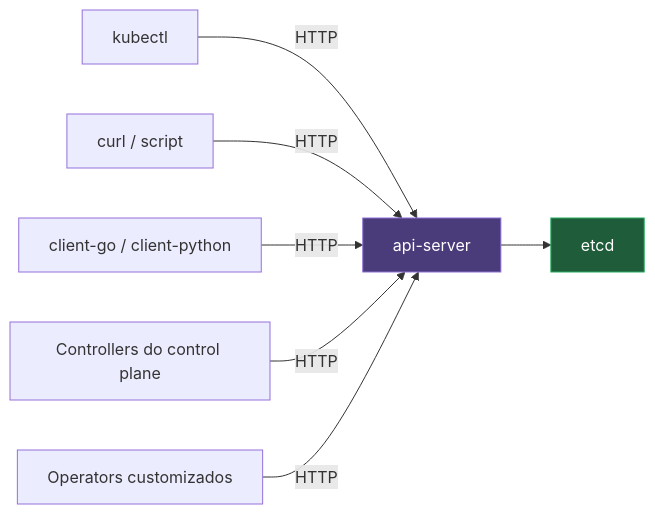
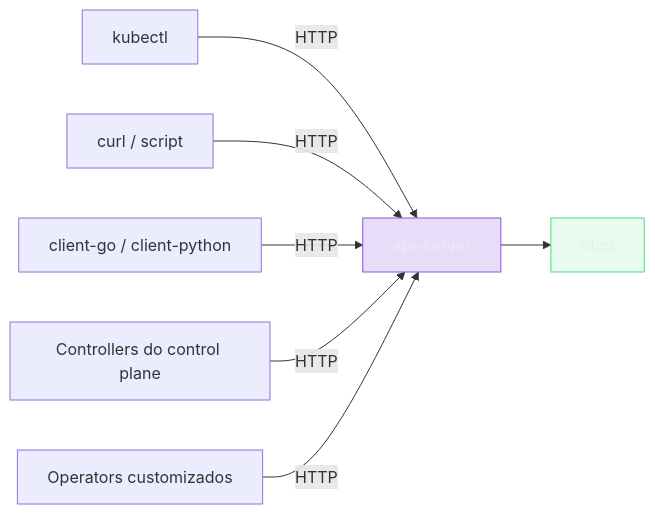
The diagram in 03-Dominios/Tecnologia/Infraestrutura/Kubernetes/07 - kubectl é um cliente de API.md (josenaldo/codex-technomanticus), drawn with Mermaid before and after one commit. The commit also changed 1181 other files, not shown here.

First line of the commit message:
fix(diagramas): paleta do sistema no lugar de cor cravada no markdown

````diff
--- a/03-Dominios/Tecnologia/Infraestrutura/Kubernetes/07 - kubectl é um cliente de API.md
+++ b/03-Dominios/Tecnologia/Infraestrutura/Kubernetes/07 - kubectl é um cliente de API.md
@@ -65,12 +65,14 @@
 ```mermaid
 graph LR
+    classDef marca fill:#8855DF33,stroke:#8855DF,color:#E9ECF2
+    classDef ok fill:#4ADE8021,stroke:#4ADE80,color:#E9ECF2
     K["kubectl"] -->|"HTTP"| AS["api-server"]
     Cu["curl / script"] -->|"HTTP"| AS
     CG["client-go / client-python"] -->|"HTTP"| AS
     Ctrl["Controllers do control plane"] -->|"HTTP"| AS
     Op["Operators customizados"] -->|"HTTP"| AS
     AS --> ETCD["etcd"]
 
-    style AS fill:#4a3b7a,stroke:#8e6fd6,color:#fff
-    style ETCD fill:#1e5c3a,stroke:#27ae60,color:#fff
+    class AS marca
+    class ETCD ok
 ```
````
